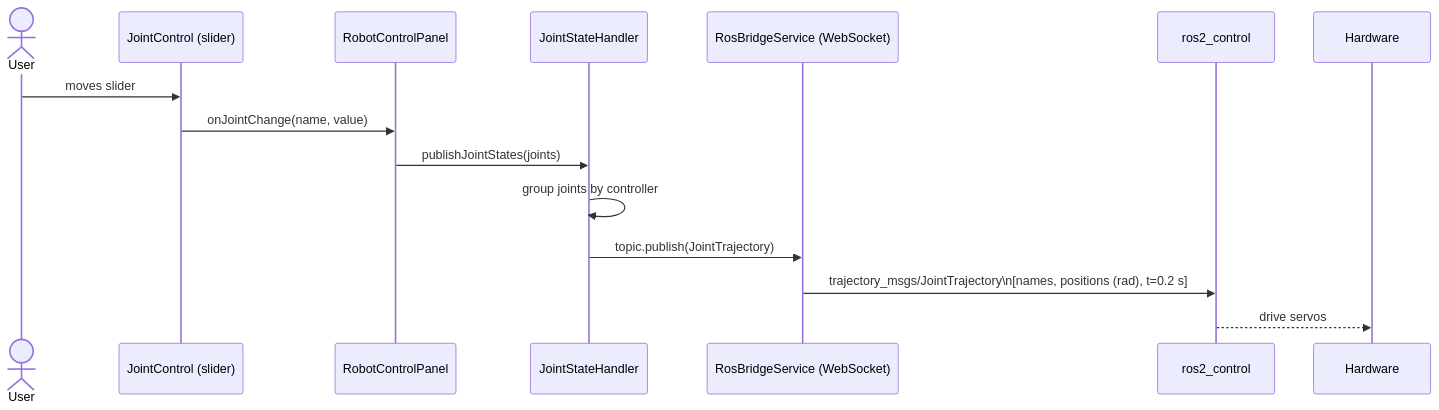
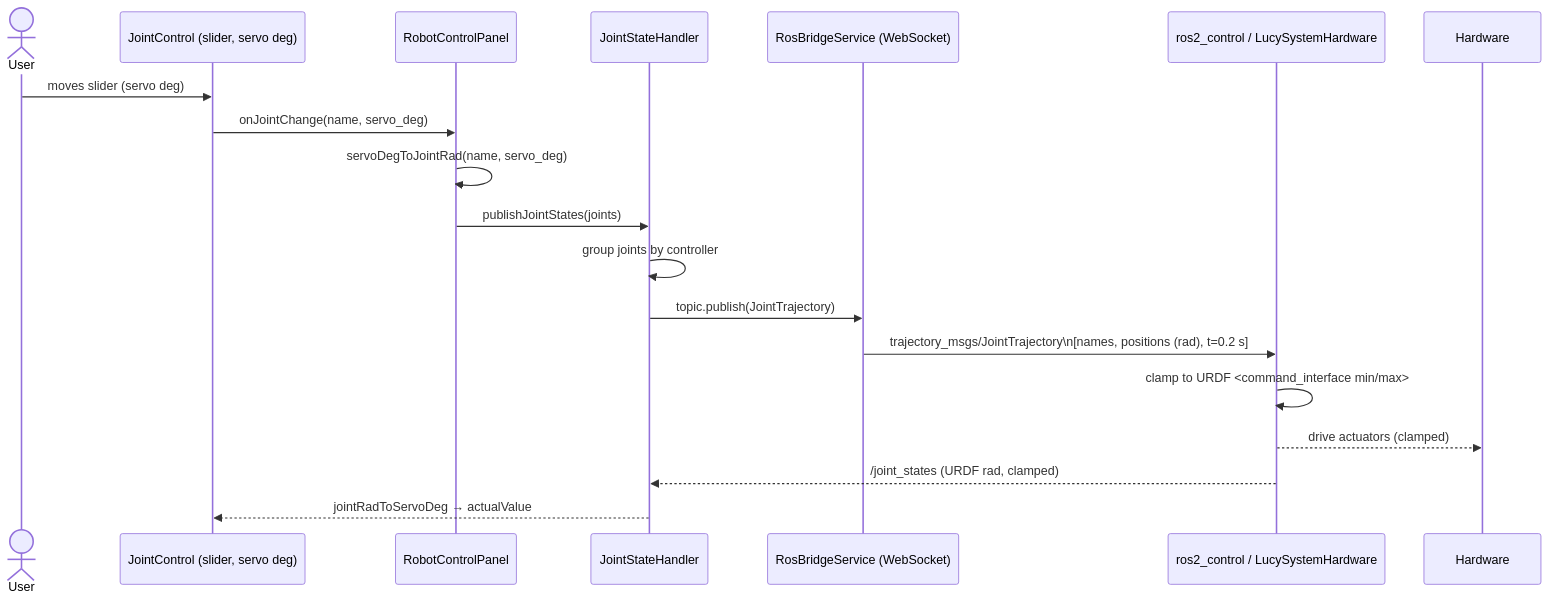
Before and after one commit to Sentience-Robotics/lucy_control_panel: the second of 2 diagrams in docs/architecture/overview.md, drawn with Mermaid. The commit also changed other lines of this file and 26 other files, not shown here.

````diff
--- a/docs/architecture/overview.md
+++ b/docs/architecture/overview.md
@@ -99,17 +99,21 @@
 ```mermaid
 sequenceDiagram
     actor User
-    participant Slider as JointControl (slider)
+    participant Slider as JointControl (slider, servo deg)
     participant Panel as RobotControlPanel
     participant JSH as JointStateHandler
     participant WS as RosBridgeService (WebSocket)
-    participant ROS as ros2_control
+    participant ROS as ros2_control / LucySystemHardware
 
-    User->>Slider: moves slider
-    Slider->>Panel: onJointChange(name, value)
+    User->>Slider: moves slider (servo deg)
+    Slider->>Panel: onJointChange(name, servo_deg)
+    Panel->>Panel: servoDegToJointRad(name, servo_deg)
     Panel->>JSH: publishJointStates(joints)
     JSH->>JSH: group joints by controller
     JSH->>WS: topic.publish(JointTrajectory)
     WS->>ROS: trajectory_msgs/JointTrajectory\n[names, positions (rad), t=0.2 s]
-    ROS-->>Hardware: drive servos
+    ROS->>ROS: clamp to URDF <command_interface min/max>
+    ROS-->>Hardware: drive actuators (clamped)
+    ROS-->>JSH: /joint_states (URDF rad, clamped)
+    JSH-->>Slider: jointRadToServoDeg → actualValue
 ```
````
